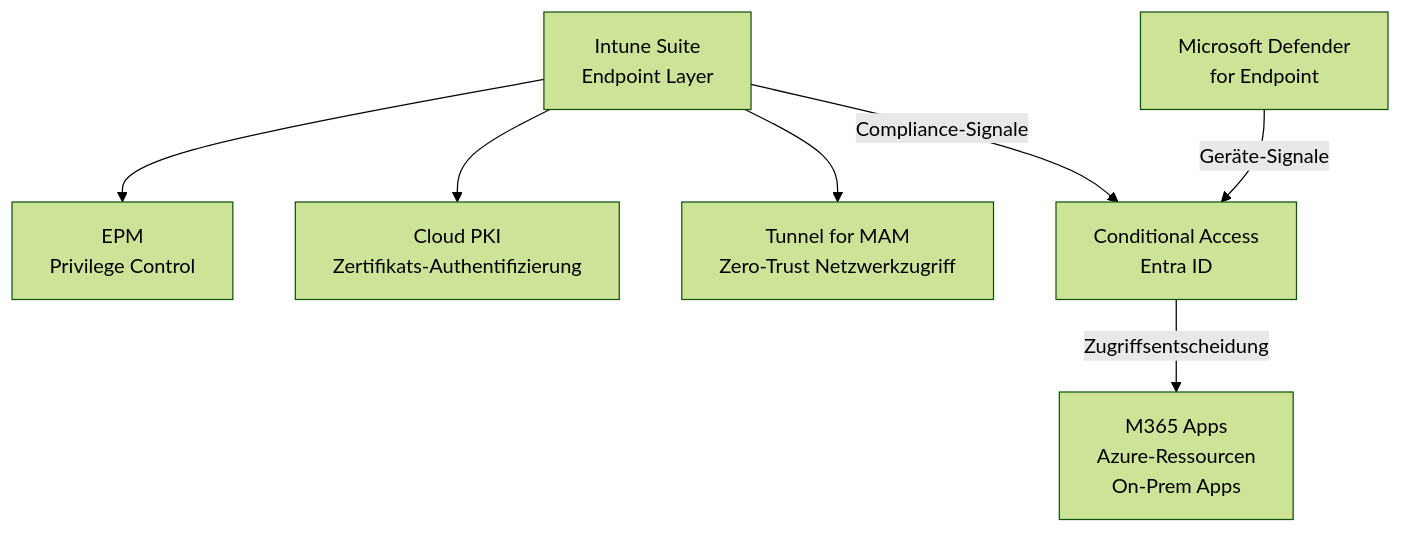
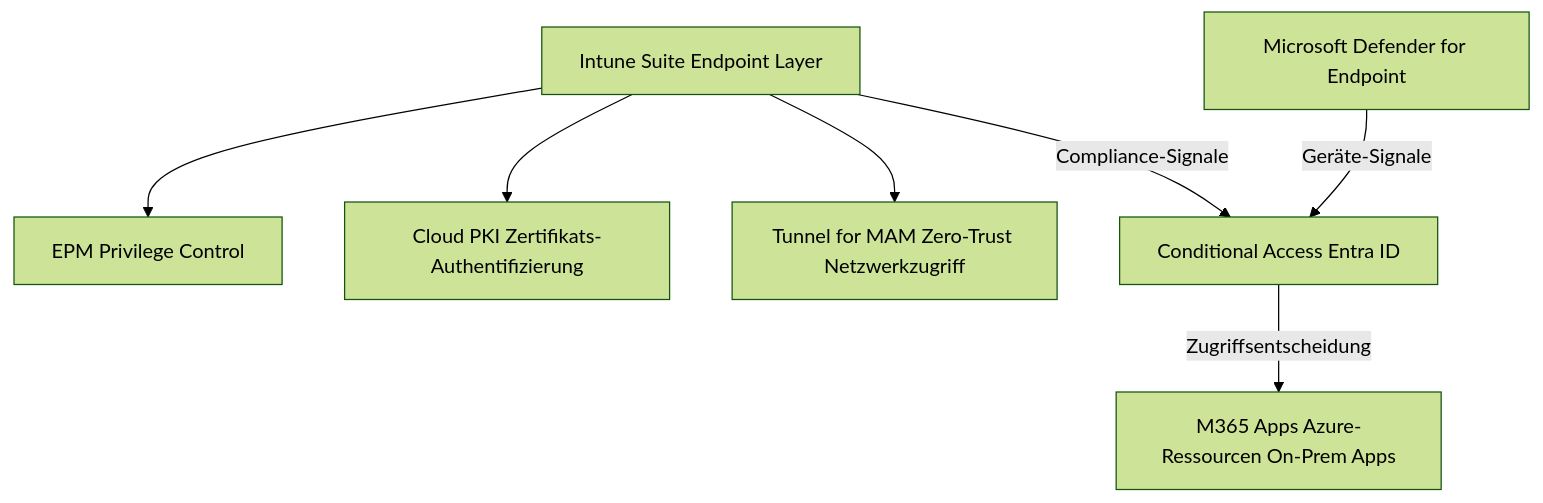
One commit to SoniiiT/notes-n-docs changed the fourth of 4 diagrams in Microsoft 365/Intune Suite/Microsoft Intune Suite Überblick.md. Above: the diagram before and after it, drawn with Mermaid (forest theme). The commit also changed other lines of this file and 124 other files, not shown here.

First line of the commit message:
fix: Entferne \n aus allen Mermaid-Diagrammen (125 Dateien)

````diff
--- a/Microsoft 365/Intune Suite/Microsoft Intune Suite Überblick.md
+++ b/Microsoft 365/Intune Suite/Microsoft Intune Suite Überblick.md
@@ -297,10 +297,10 @@
 ```mermaid
 graph TD
-    SUITE[Intune Suite\nEndpoint Layer] --> EPM_SEC[EPM\nPrivilege Control]
-    SUITE --> PKI_SEC[Cloud PKI\nZertifikats-Authentifizierung]
-    SUITE --> TUNNEL_SEC[Tunnel for MAM\nZero-Trust Netzwerkzugriff]
+    SUITE[Intune Suite Endpoint Layer] --> EPM_SEC[EPM Privilege Control]
+    SUITE --> PKI_SEC[Cloud PKI Zertifikats-Authentifizierung]
+    SUITE --> TUNNEL_SEC[Tunnel for MAM Zero-Trust Netzwerkzugriff]
     
-    MDE[Microsoft Defender\nfor Endpoint] -->|Geräte-Signale| CA[Conditional Access\nEntra ID]
+    MDE[Microsoft Defender for Endpoint] -->|Geräte-Signale| CA[Conditional Access Entra ID]
     SUITE -->|Compliance-Signale| CA
-    CA -->|Zugriffsentscheidung| RESOURCES[M365 Apps\nAzure-Ressourcen\nOn-Prem Apps]
+    CA -->|Zugriffsentscheidung| RESOURCES[M365 Apps Azure-Ressourcen On-Prem Apps]
 ```
````
